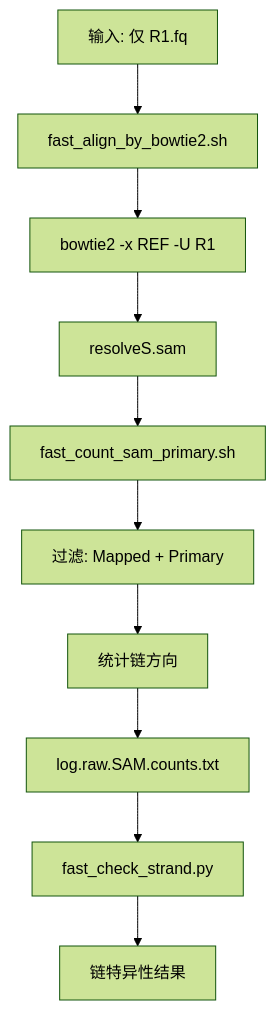
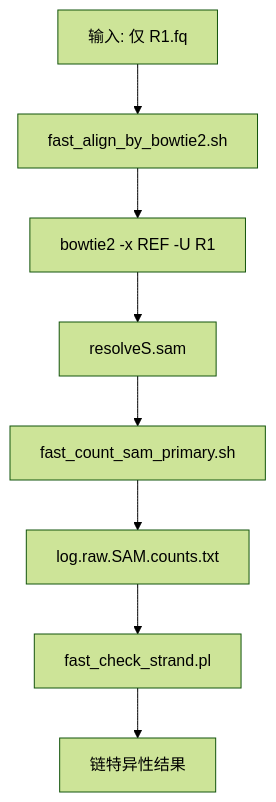
The second of 3 diagrams in README_zh.md (yudalang3/resolveS), drawn with Mermaid (forest theme) before and after one commit. The commit also changed other lines of this file and 1 other file, not shown here.

````diff
--- a/README_zh.md
+++ b/README_zh.md
@@ -274,12 +208,10 @@
 ```mermaid
 flowchart TD
     A["输入: 仅 R1.fq"] --> B["fast_align_by_bowtie2.sh"]
     B --> C["bowtie2 -x REF -U R1"]
     C --> D["resolveS.sam"]
     D --> E["fast_count_sam_primary.sh"]
-    E --> F["过滤: Mapped + Primary"]
-    F --> G["统计链方向"]
-    G --> H["log.raw.SAM.counts.txt"]
-    H --> I["fast_check_strand.py"]
-    I --> J["链特异性结果"]
+    E --> F["log.raw.SAM.counts.txt"]
+    F --> G["fast_check_strand.pl"]
+    G --> H["链特异性结果"]
 ```
````
